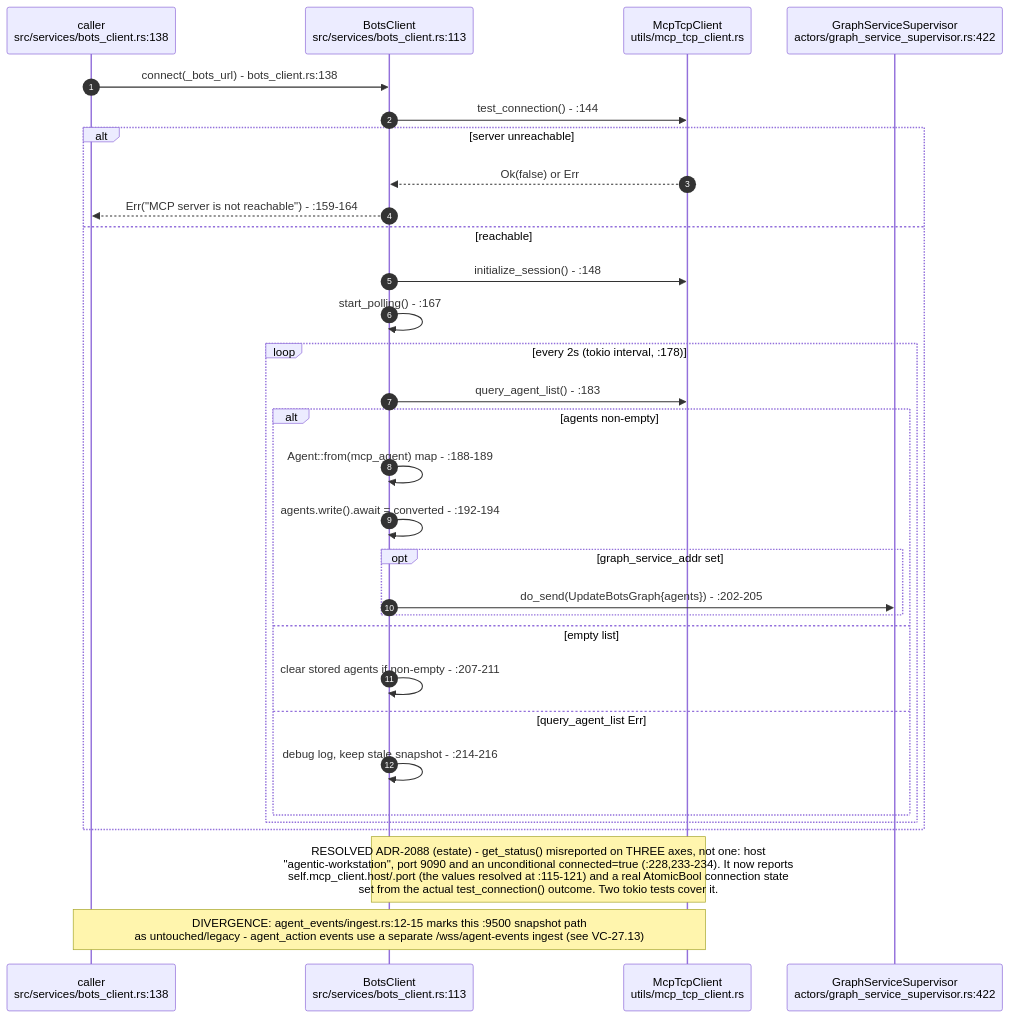
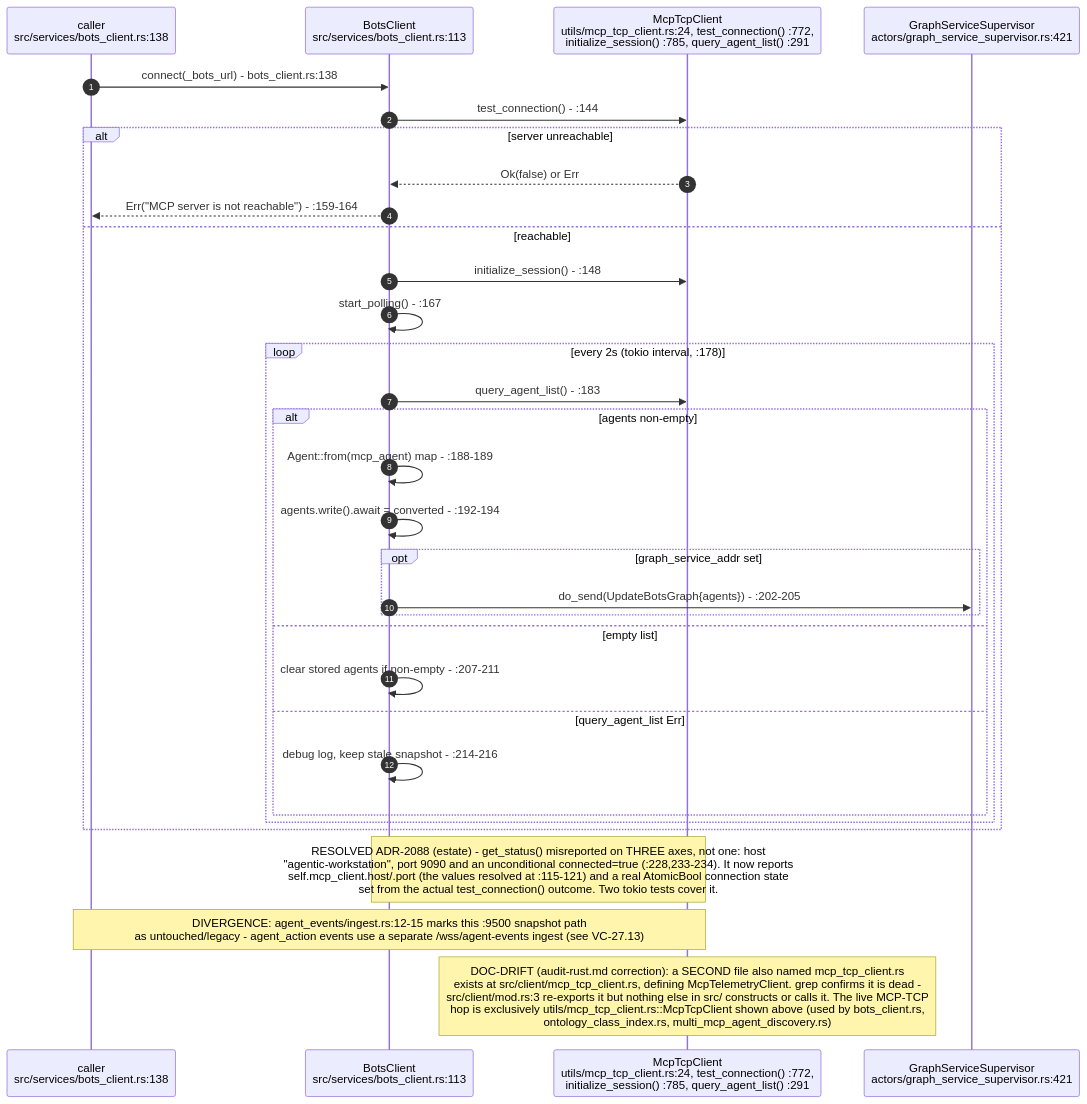
The first of 13 diagrams in docs/diagrams/visionclaw/27-agent-integration-mcp-relay.md (DreamLab-AI/VisionFlow), drawn with Mermaid before and after one commit. The commit also changed other lines of this file and 185 other files, not shown here.

Commit message:
docs(estate): reconcile diagrams and ADRs with source and define closeout sprint

````diff
--- a/docs/diagrams/visionclaw/27-agent-integration-mcp-relay.md
+++ b/docs/diagrams/visionclaw/27-agent-integration-mcp-relay.md
@@ -34,34 +38,35 @@
 ```mermaid
 sequenceDiagram
     autonumber
     participant Caller as caller<br/>src/services/bots_client.rs:138
     participant BC as BotsClient<br/>src/services/bots_client.rs:113
-    participant MCP as McpTcpClient<br/>utils/mcp_tcp_client.rs
-    participant GSS as GraphServiceSupervisor<br/>actors/graph_service_supervisor.rs:422
+    participant MCP as McpTcpClient<br/>utils/mcp_tcp_client.rs:24, test_connection() :772,<br/>initialize_session() :785, query_agent_list() :291
+    participant GSS as GraphServiceSupervisor<br/>actors/graph_service_supervisor.rs:421
 
     Caller->>BC: connect(_bots_url) - bots_client.rs:138
     BC->>MCP: test_connection() - :144
     alt server unreachable
         MCP-->>BC: Ok(false) or Err
         BC-->>Caller: Err("MCP server is not reachable") - :159-164
     else reachable
         BC->>MCP: initialize_session() - :148
         BC->>BC: start_polling() - :167
         loop every 2s (tokio interval, :178)
             BC->>MCP: query_agent_list() - :183
             alt agents non-empty
                 BC->>BC: Agent::from(mcp_agent) map - :188-189
                 BC->>BC: agents.write().await = converted - :192-194
                 opt graph_service_addr set
                     BC->>GSS: do_send(UpdateBotsGraph{agents}) - :202-205
                 end
             else empty list
                 BC->>BC: clear stored agents if non-empty - :207-211
             else query_agent_list Err
                 BC->>BC: debug log, keep stale snapshot - :214-216
             end
         end
     end
     Note over BC,MCP: RESOLVED ADR-2088 (estate) - get_status() misreported on THREE axes, not one: host<br/>"agentic-workstation", port 9090 and an unconditional connected=true (:228,233-234). It now reports<br/>self.mcp_client.host/.port (the values resolved at :115-121) and a real AtomicBool connection state<br/>set from the actual test_connection() outcome. Two tokio tests cover it.
     Note over Caller,MCP: DIVERGENCE: agent_events/ingest.rs:12-15 marks this :9500 snapshot path<br/>as untouched/legacy - agent_action events use a separate /wss/agent-events ingest (see VC-27.13)
+    Note over MCP: DOC-DRIFT (audit-rust.md correction): a SECOND file also named mcp_tcp_client.rs<br/>exists at src/client/mcp_tcp_client.rs, defining McpTelemetryClient. grep confirms it is dead -<br/>src/client/mod.rs:3 re-exports it but nothing else in src/ constructs or calls it. The live MCP-TCP<br/>hop is exclusively utils/mcp_tcp_client.rs::McpTcpClient shown above (used by bots_client.rs,<br/>ontology_class_index.rs, multi_mcp_agent_discovery.rs)
 ```
````
